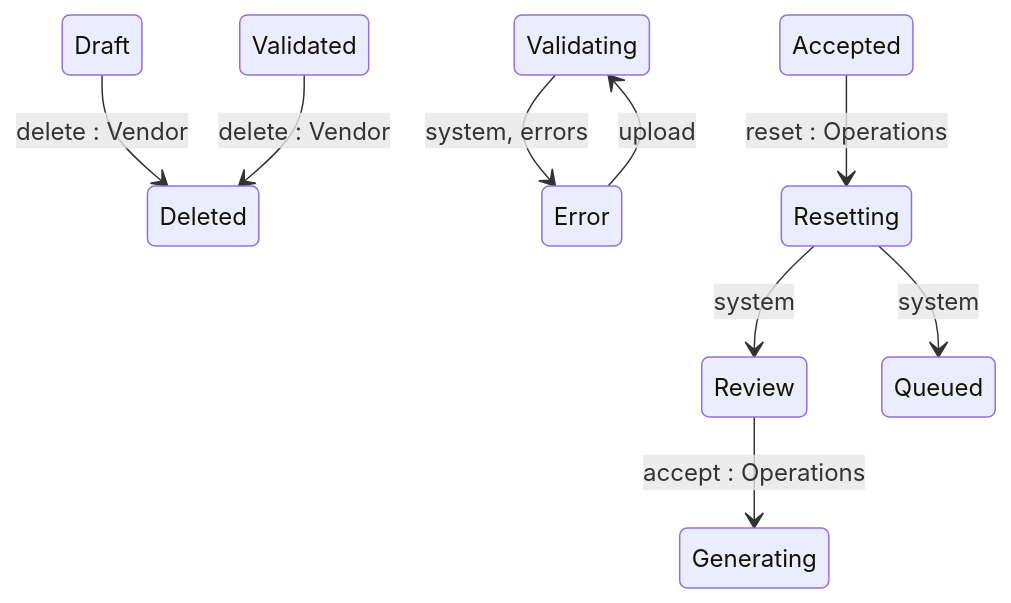
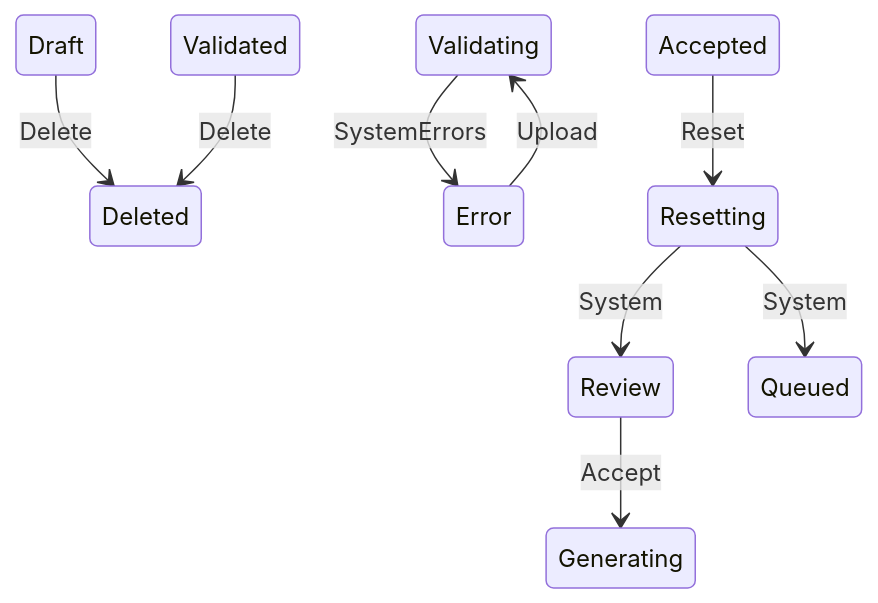
The diagram in developer-resources/rest-api/billing-api/journal/state-diagram.md (mikhailtchesnokov/gitbook), drawn with Mermaid before and after one commit. The commit also changed 151 other files, not shown here.

````diff
--- a/developer-resources/rest-api/billing-api/journal/state-diagram.md
+++ b/developer-resources/rest-api/billing-api/journal/state-diagram.md
@@ -13,11 +13,11 @@
 ```mermaid
 stateDiagram-v2
-    Draft --> Deleted : delete : Vendor
-    Validating --> Error : system, errors
-    Error --> Validating : upload
-    Validated --> Deleted : delete : Vendor
-    Review --> Generating : accept : Operations
-    Accepted --> Resetting : reset : Operations
-    Resetting --> Review : system
-    Resetting --> Queued : system
+    Draft --> Deleted : Delete
+    Validating --> Error : SystemErrors
+    Error --> Validating : Upload
+    Validated --> Deleted : Delete
+    Review --> Generating : Accept
+    Accepted --> Resetting : Reset
+    Resetting --> Review : System
+    Resetting --> Queued : System
 ```
````
